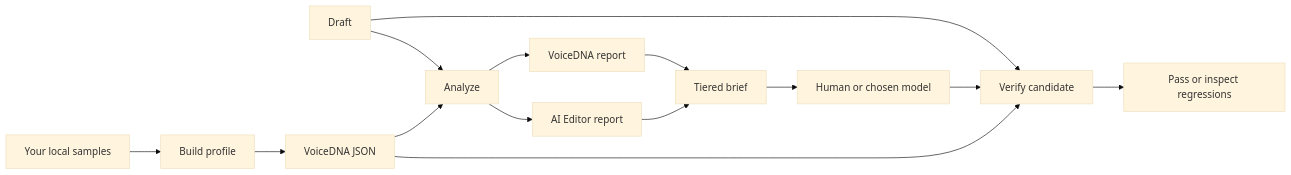
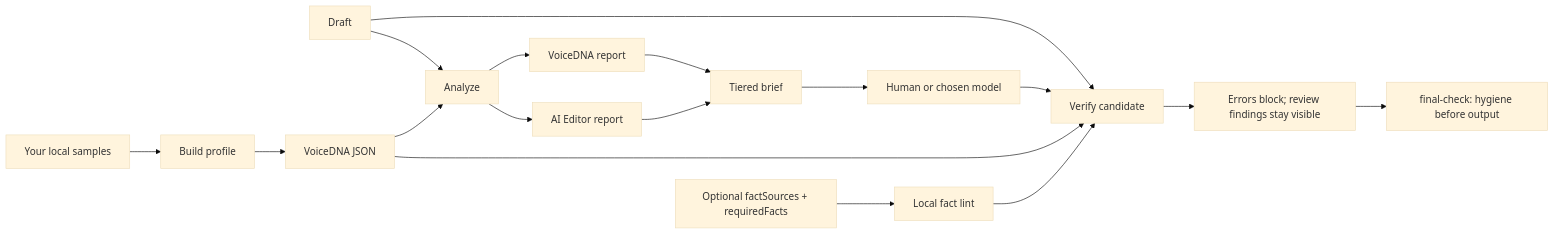
One commit to shashank-sn/holdyourvoice changed the diagram in Readme.md. Above: the diagram before and after it, drawn with Mermaid (base theme). The commit also changed other lines of this file and 16 other files, not shown here.

First line of the commit message:
feat: add local fact linter (#35)

````diff
--- a/Readme.md
+++ b/Readme.md
@@ -215,16 +244,19 @@
 ```mermaid
 flowchart LR
   S[Your local samples] --> P[Build profile]
   P --> D[VoiceDNA JSON]
   T[Draft] --> A[Analyze]
   D --> A
   A --> V[VoiceDNA report]
   A --> E[AI Editor report]
   V --> B[Tiered brief]
   E --> B
   B --> C[Human or chosen model]
   T --> G[Verify candidate]
   C --> G
   D --> G
-  G --> R[Pass or inspect regressions]
+  F[Optional factSources + requiredFacts] --> L[Local fact lint]
+  L --> G
+  G --> R[Errors block; review findings stay visible]
+  R --> H[final-check: hygiene before output]
 ```
````
